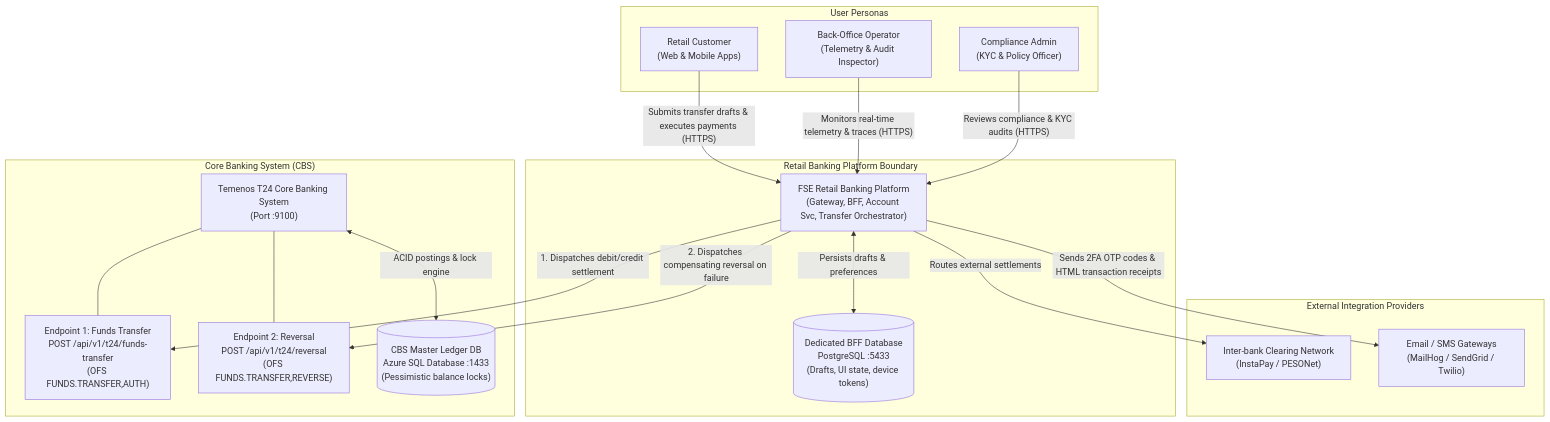
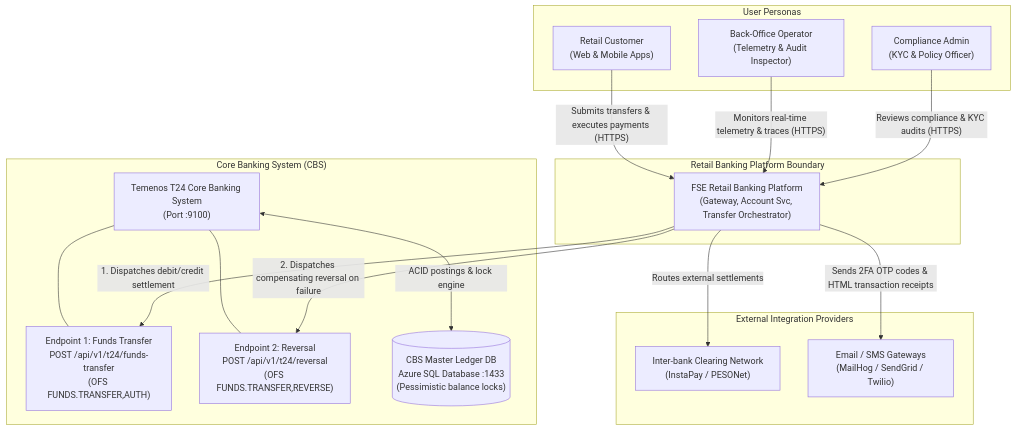
One commit to jmbilbao25/group3_fse_capstone changed the first of 6 diagrams in ARCHITECTURE_DIAGRAMS.md. Above: the diagram before and after it, drawn with Mermaid. The commit also changed other lines of this file and 12 other files, not shown here.

Commit message:
feat(arch): update architecture with dual-endpoint T24 CBS and C1-C4 diagrams

````diff
--- a/ARCHITECTURE_DIAGRAMS.md
+++ b/ARCHITECTURE_DIAGRAMS.md
@@ -19,40 +19,38 @@
 ```mermaid
 flowchart TD
     subgraph Users["User Personas"]
         Customer["Retail Customer<br/>(Web & Mobile Apps)"]
         Teller["Back-Office Operator<br/>(Telemetry & Audit Inspector)"]
         Admin["Compliance Admin<br/>(KYC & Policy Officer)"]
     end
 
     subgraph BankingSystem["Retail Banking Platform Boundary"]
-        CorePlatform["FSE Retail Banking Platform<br/>(Gateway, BFF, Account Svc, Transfer Orchestrator)"]
-        BFFStore[("Dedicated BFF Database<br/>PostgreSQL :5433<br/>(Drafts, UI state, device tokens)")]
-        CorePlatform <-->|"Persists drafts & preferences"| BFFStore
+        CorePlatform["FSE Retail Banking Platform<br/>(Gateway, Account Svc, Transfer Orchestrator)"]
     end
 
     subgraph CoreBanking["Core Banking System (CBS)"]
         T24CBS["Temenos T24 Core Banking System<br/>(Port :9100)"]
         T24_EP1["Endpoint 1: Funds Transfer<br/>POST /api/v1/t24/funds-transfer<br/>(OFS FUNDS.TRANSFER,AUTH)"]
         T24_EP2["Endpoint 2: Reversal<br/>POST /api/v1/t24/reversal<br/>(OFS FUNDS.TRANSFER,REVERSE)"]
         CBS_DB[("CBS Master Ledger DB<br/>Azure SQL Database :1433<br/>(Pessimistic balance locks)")]
 
         T24CBS --- T24_EP1
         T24CBS --- T24_EP2
         T24CBS <-->|"ACID postings & lock engine"| CBS_DB
     end
 
     subgraph ExternalSystems["External Integration Providers"]
         ClearingHouse["Inter-bank Clearing Network<br/>(InstaPay / PESONet)"]
         NotificationProviders["Email / SMS Gateways<br/>(MailHog / SendGrid / Twilio)"]
     end
 
-    Customer -->|"Submits transfer drafts & executes payments (HTTPS)"| CorePlatform
+    Customer -->|"Submits transfers & executes payments (HTTPS)"| CorePlatform
     Teller -->|"Monitors real-time telemetry & traces (HTTPS)"| CorePlatform
     Admin -->|"Reviews compliance & KYC audits (HTTPS)"| CorePlatform
 
     CorePlatform -->|"1. Dispatches debit/credit settlement"| T24_EP1
     CorePlatform -->|"2. Dispatches compensating reversal on failure"| T24_EP2
 
     CorePlatform -->|"Routes external settlements"| ClearingHouse
     CorePlatform -->|"Sends 2FA OTP codes & HTML transaction receipts"| NotificationProviders
 ```
````
